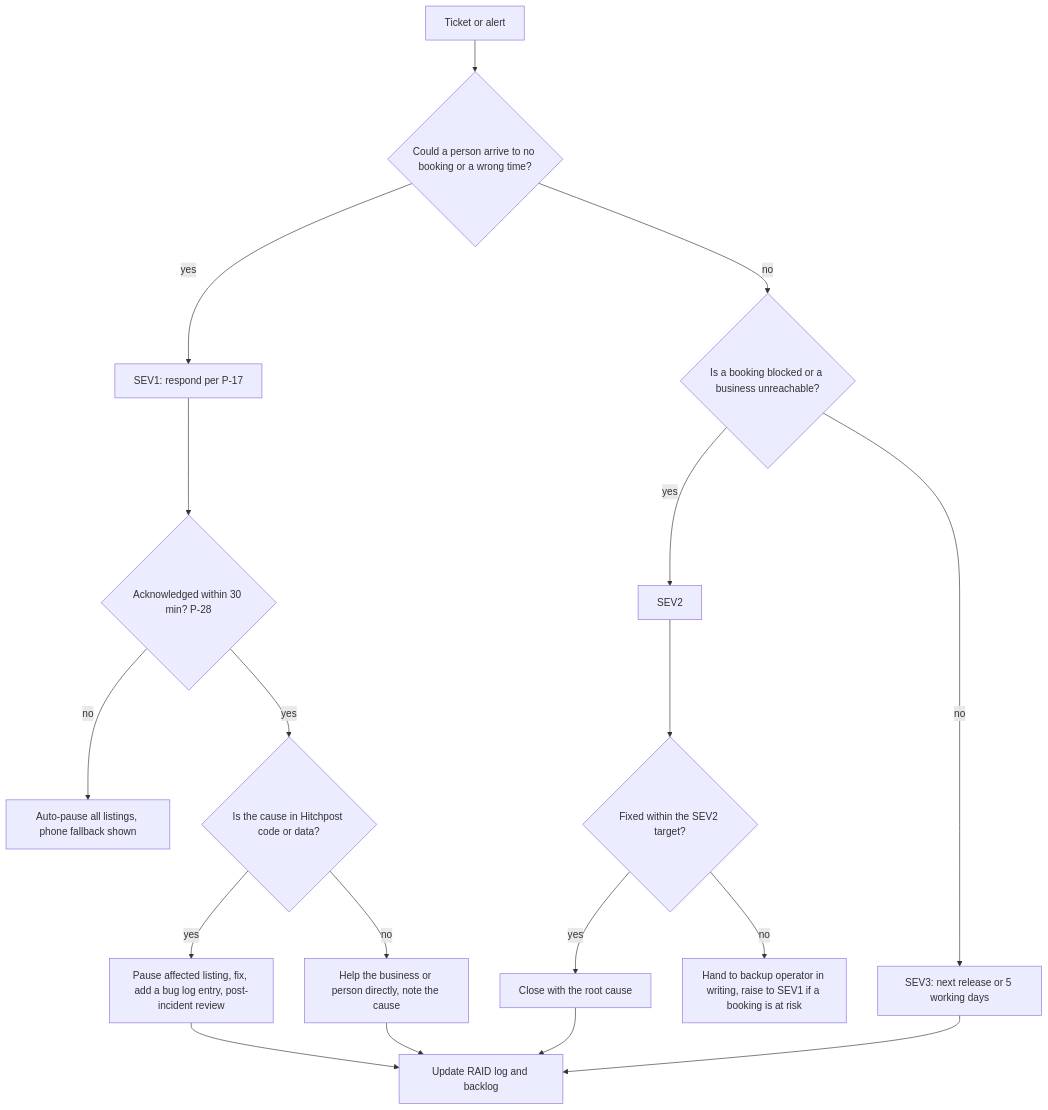
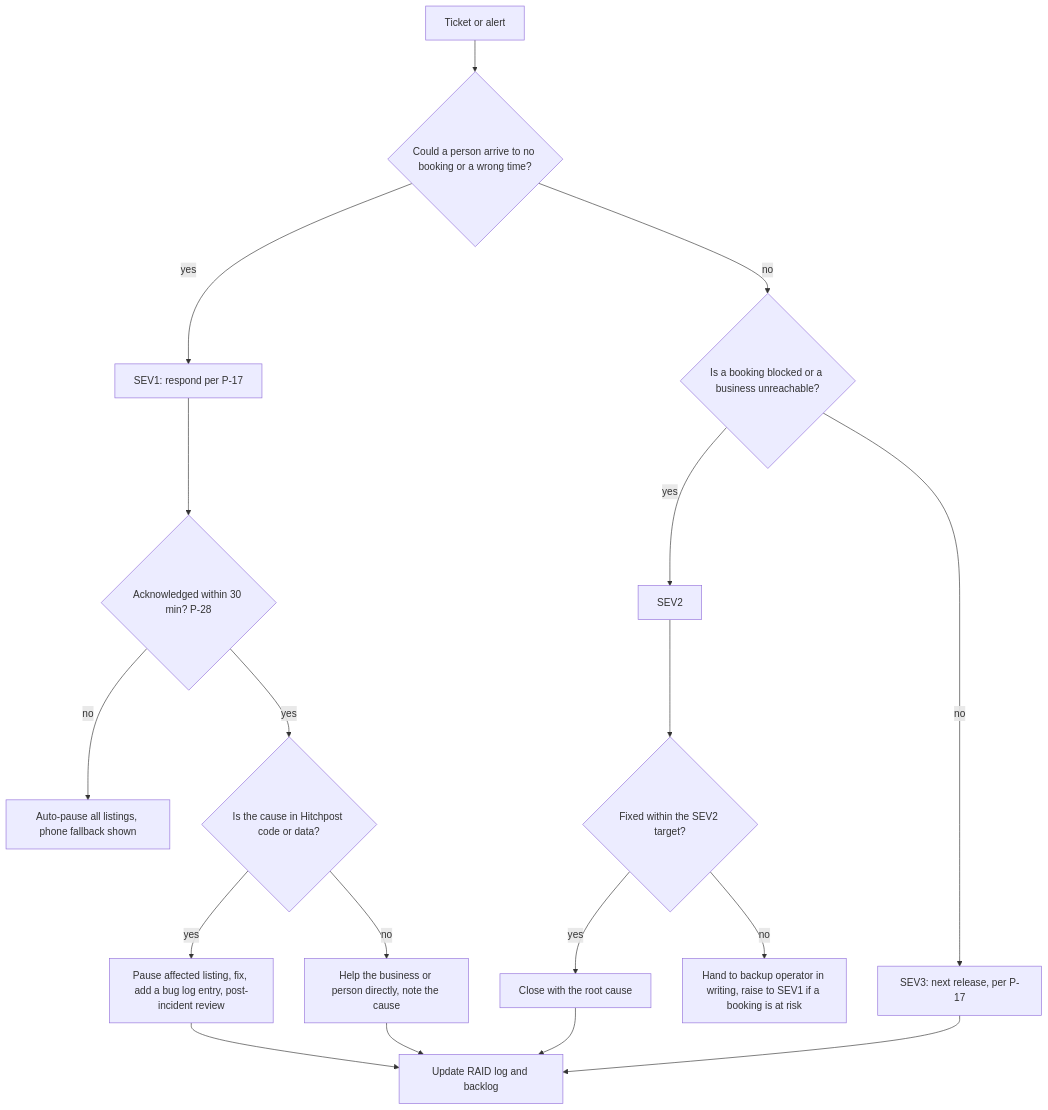
Before and after one commit to Jannisar01/hitchpost: the diagram in docs/sad/36-customer-support-and-success-playbook.md, drawn with Mermaid. The commit also changed other lines of this file and 39 other files, not shown here.

````diff
--- a/docs/sad/36-customer-support-and-success-playbook.md
+++ b/docs/sad/36-customer-support-and-success-playbook.md
@@ -76,20 +76,20 @@
 ```mermaid
 flowchart TD
     A[Ticket or alert] --> B{Could a person arrive to no booking or a wrong time?}
     B -- yes --> S1[SEV1: respond per P-17]
     B -- no --> C{Is a booking blocked or a business unreachable?}
     C -- yes --> S2[SEV2]
-    C -- no --> S3[SEV3: next release or 5 working days]
+    C -- no --> S3[SEV3: next release, per P-17]
     S1 --> D{Acknowledged within 30 min? P-28}
     D -- no --> P[Auto-pause all listings, phone fallback shown]
     D -- yes --> E{Is the cause in Hitchpost code or data?}
     E -- yes --> F[Pause affected listing, fix, add a bug log entry, post-incident review]
     E -- no --> G[Help the business or person directly, note the cause]
     S2 --> H{Fixed within the SEV2 target?}
     H -- no --> I[Hand to backup operator in writing, raise to SEV1 if a booking is at risk]
     H -- yes --> J[Close with the root cause]
     F --> K[Update RAID log and backlog]
     G --> K
     J --> K
     S3 --> K
 ```
````
